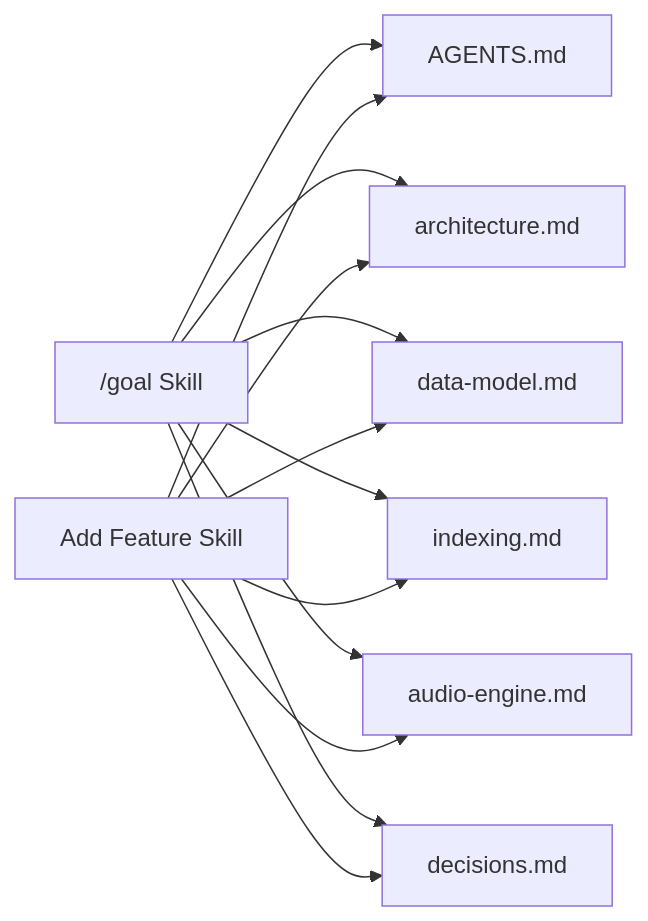
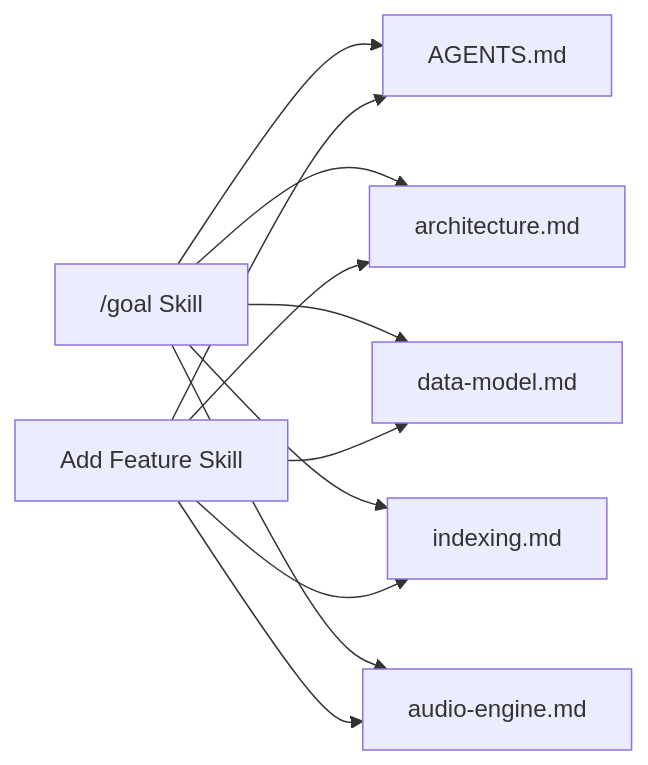
One commit to satyrlord/mixjam-electron changed the sixth of 7 diagrams in .qoder/repowiki/en/content/Development Guidelines/Skill System & Goal Management.md. Above: the diagram before and after it, drawn with Mermaid. The commit also changed other lines of this file and 51 other files, not shown here.

````diff
--- a/.qoder/repowiki/en/content/Development Guidelines/Skill System & Goal Management.md
+++ b/.qoder/repowiki/en/content/Development Guidelines/Skill System & Goal Management.md
@@ -276,15 +273,13 @@
 ```mermaid
 graph LR
 Goal["/goal Skill"] --> AG["AGENTS.md"]
 Goal --> Arch["architecture.md"]
 Goal --> Data["data-model.md"]
 Goal --> Index["indexing.md"]
 Goal --> Audio["audio-engine.md"]
-Goal --> Dec["decisions.md"]
 AddFeat["Add Feature Skill"] --> AG
 AddFeat --> Arch
 AddFeat --> Data
 AddFeat --> Index
 AddFeat --> Audio
-AddFeat --> Dec
 ```
````
